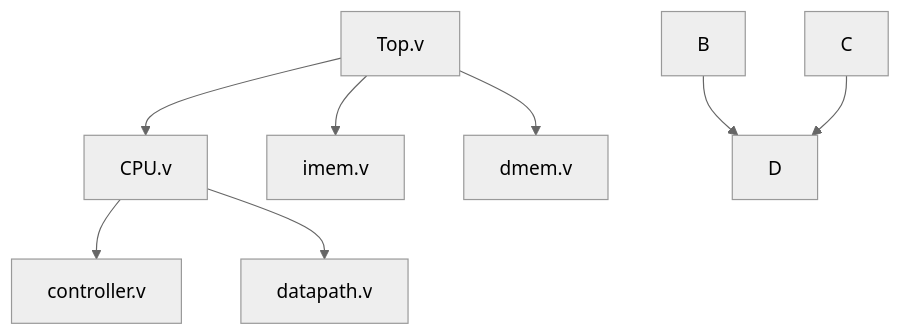
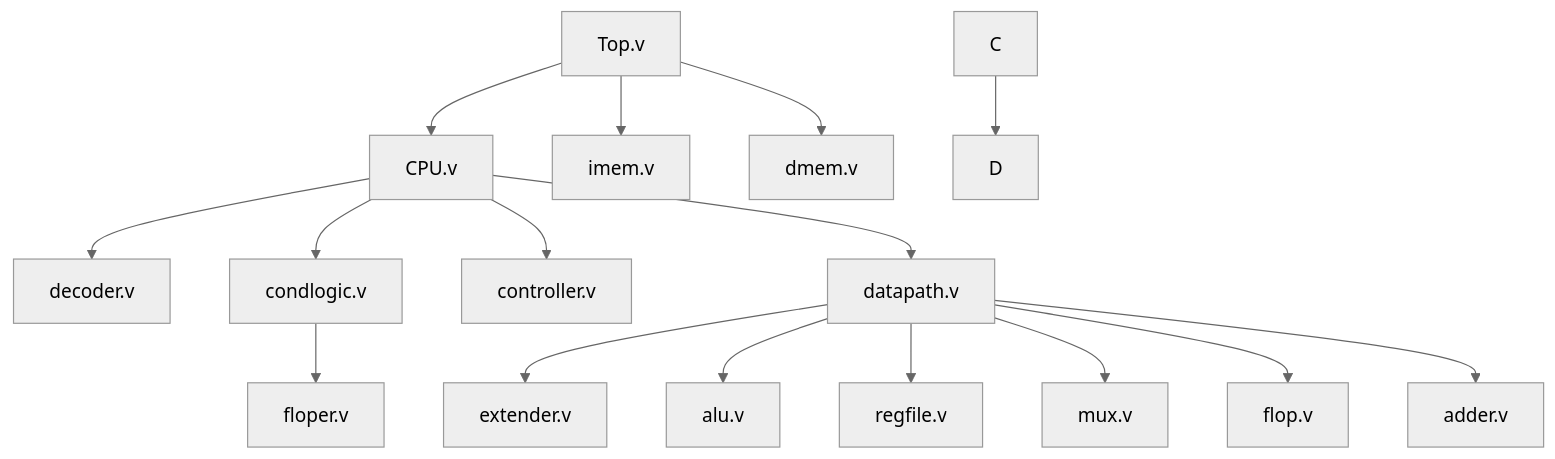
One commit to gouthamstantri/32bitCPU_Verilog_project changed the diagram in README.md. Above: the diagram before and after it, drawn with Mermaid (neutral theme).

````diff
--- a/README.md
+++ b/README.md
@@ -5,11 +5,19 @@
 ```mermaid
 graph TD;
 Top.v-->CPU.v;
 Top.v-->imem.v;
 Top.v-->dmem.v;
+CPU.v-->decoder.v;
+CPU.v-->condlogic.v;
+condlogic.v-->floper.v;
 
     CPU.v-->controller.v;
 CPU.v-->datapath.v;
-    B-->D;
+datapath.v-->extender.v;
+datapath.v-->alu.v;
+datapath.v-->regfile.v;
+datapath.v-->mux.v;
+datapath.v-->flop.v;
+datapath.v-->adder.v;
     C-->D;
 ```
````
